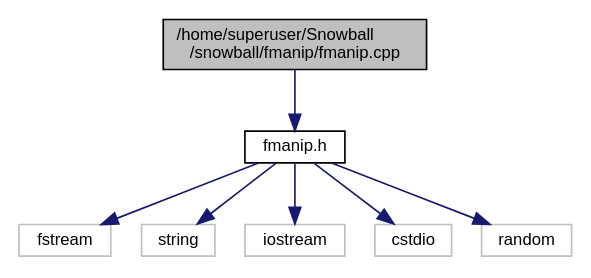
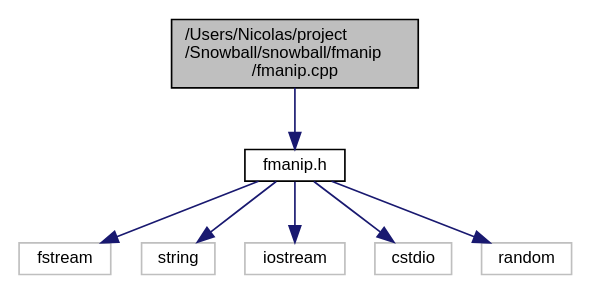
The diagram in snowball/documentation/rtf/fmanip_8cpp__incl.dot (HexDumper/Snowball), drawn with Graphviz before and after one commit. The commit also changed 330 other files, not shown here.

```diff
--- a/snowball/documentation/rtf/fmanip_8cpp__incl.dot
+++ b/snowball/documentation/rtf/fmanip_8cpp__incl.dot
@@ -1,18 +1,18 @@
-digraph "/home/superuser/Snowball/snowball/fmanip/fmanip.cpp"
+digraph "/Users/Nicolas/project/Snowball/snowball/fmanip/fmanip.cpp"
 {
   edge [fontname="Helvetica",fontsize="10",labelfontname="Helvetica",labelfontsize="10"];
   node [fontname="Helvetica",fontsize="10",shape=record];
-  Node1 [label="/home/superuser/Snowball\l/snowball/fmanip/fmanip.cpp",height=0.2,width=0.4,color="black", fillcolor="grey75", style="filled", fontcolor="black"];
+  Node0 [label="/Users/Nicolas/project\l/Snowball/snowball/fmanip\l/fmanip.cpp",height=0.2,width=0.4,color="black", fillcolor="grey75", style="filled", fontcolor="black"];
+  Node0 -> Node1 [color="midnightblue",fontsize="10",style="solid",fontname="Helvetica"];
+  Node1 [label="fmanip.h",height=0.2,width=0.4,color="black", fillcolor="white", style="filled",URL="$fmanip_8h.html"];
   Node1 -> Node2 [color="midnightblue",fontsize="10",style="solid",fontname="Helvetica"];
-  Node2 [label="fmanip.h",height=0.2,width=0.4,color="black", fillcolor="white", style="filled",URL="$fmanip_8h.html"];
-  Node2 -> Node3 [color="midnightblue",fontsize="10",style="solid",fontname="Helvetica"];
-  Node3 [label="fstream",height=0.2,width=0.4,color="grey75", fillcolor="white", style="filled"];
-  Node2 -> Node4 [color="midnightblue",fontsize="10",style="solid",fontname="Helvetica"];
-  Node4 [label="string",height=0.2,width=0.4,color="grey75", fillcolor="white", style="filled"];
-  Node2 -> Node5 [color="midnightblue",fontsize="10",style="solid",fontname="Helvetica"];
-  Node5 [label="iostream",height=0.2,width=0.4,color="grey75", fillcolor="white", style="filled"];
-  Node2 -> Node6 [color="midnightblue",fontsize="10",style="solid",fontname="Helvetica"];
-  Node6 [label="cstdio",height=0.2,width=0.4,color="grey75", fillcolor="white", style="filled"];
-  Node2 -> Node7 [color="midnightblue",fontsize="10",style="solid",fontname="Helvetica"];
-  Node7 [label="random",height=0.2,width=0.4,color="grey75", fillcolor="white", style="filled"];
+  Node2 [label="fstream",height=0.2,width=0.4,color="grey75", fillcolor="white", style="filled"];
+  Node1 -> Node3 [color="midnightblue",fontsize="10",style="solid",fontname="Helvetica"];
+  Node3 [label="string",height=0.2,width=0.4,color="grey75", fillcolor="white", style="filled"];
+  Node1 -> Node4 [color="midnightblue",fontsize="10",style="solid",fontname="Helvetica"];
+  Node4 [label="iostream",height=0.2,width=0.4,color="grey75", fillcolor="white", style="filled"];
+  Node1 -> Node5 [color="midnightblue",fontsize="10",style="solid",fontname="Helvetica"];
+  Node5 [label="cstdio",height=0.2,width=0.4,color="grey75", fillcolor="white", style="filled"];
+  Node1 -> Node6 [color="midnightblue",fontsize="10",style="solid",fontname="Helvetica"];
+  Node6 [label="random",height=0.2,width=0.4,color="grey75", fillcolor="white", style="filled"];
 }
```
